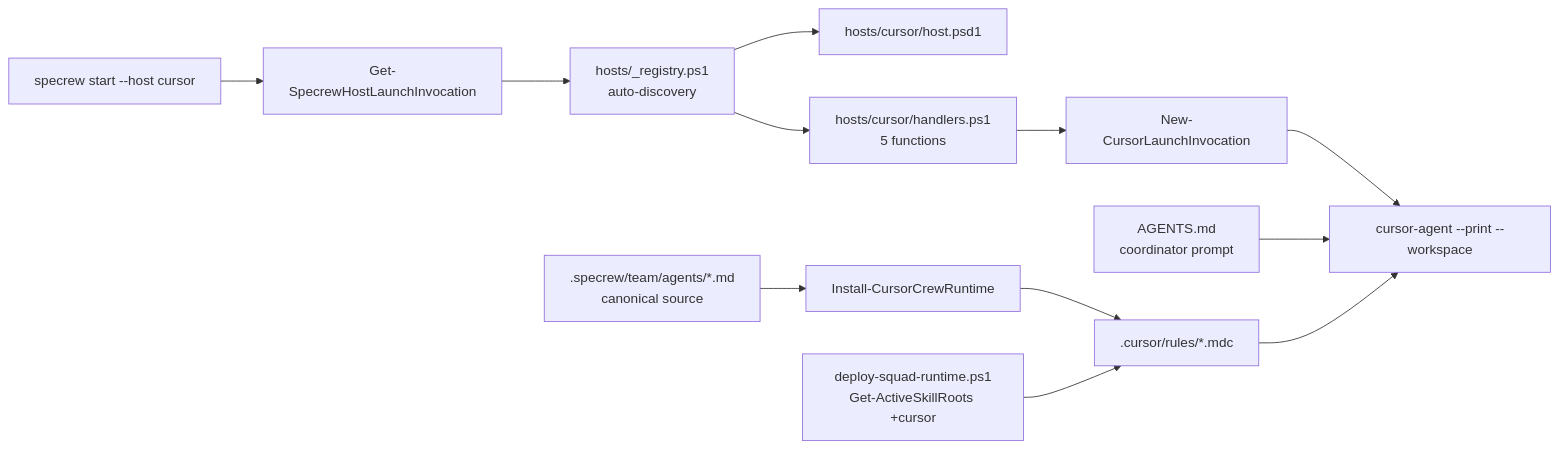
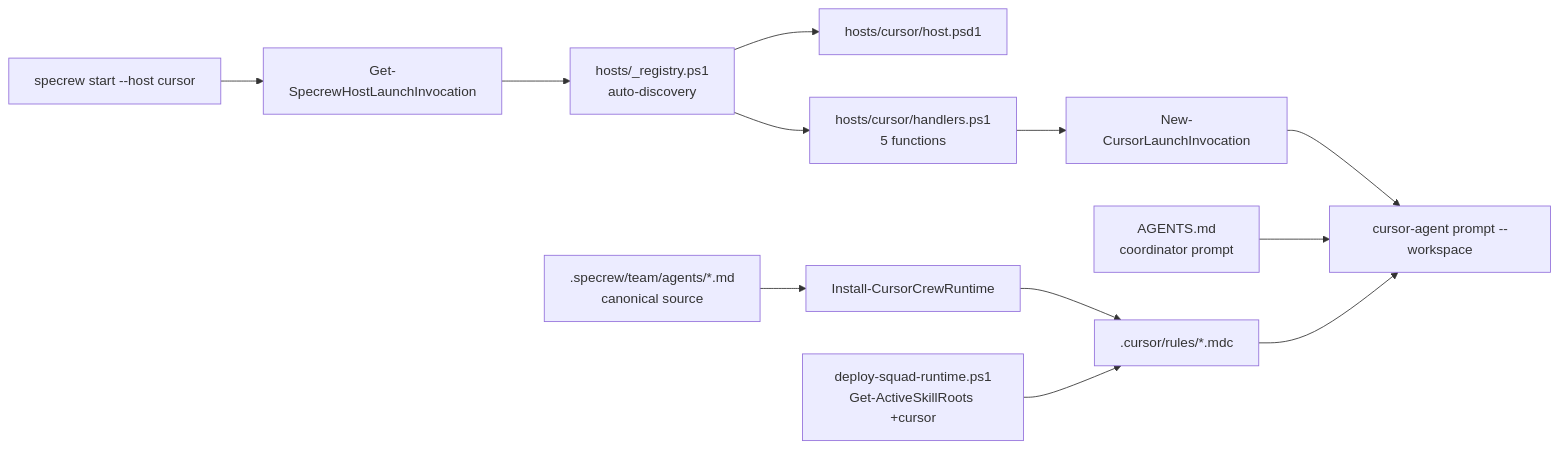
One commit to alonf/specrew changed the first of 3 diagrams in specs/050-cursor-host-support/review-diagrams.md. Above: the diagram before and after it, drawn with Mermaid. The commit also changed other lines of this file and 17 other files, not shown here.

````diff
--- a/specs/050-cursor-host-support/review-diagrams.md
+++ b/specs/050-cursor-host-support/review-diagrams.md
@@ -8,14 +8,14 @@
 ```mermaid
 flowchart LR
   CLI[specrew start --host cursor] --> Launch[Get-SpecrewHostLaunchInvocation]
   Launch --> Reg[hosts/_registry.ps1\nauto-discovery]
   Reg --> Manifest[hosts/cursor/host.psd1]
   Reg --> Handlers[hosts/cursor/handlers.ps1\n5 functions]
   Handlers --> NewInv[New-CursorLaunchInvocation]
-  NewInv --> Agent[cursor-agent --print --workspace]
+  NewInv --> Agent[cursor-agent prompt --workspace]
   Canon[.specrew/team/agents/*.md\ncanonical source] --> Install[Install-CursorCrewRuntime]
   Install --> Rules[.cursor/rules/*.mdc]
   Deploy[deploy-squad-runtime.ps1\nGet-ActiveSkillRoots +cursor] --> Rules
   Coord[AGENTS.md\ncoordinator prompt] --> Agent
   Rules --> Agent
 ```
````
